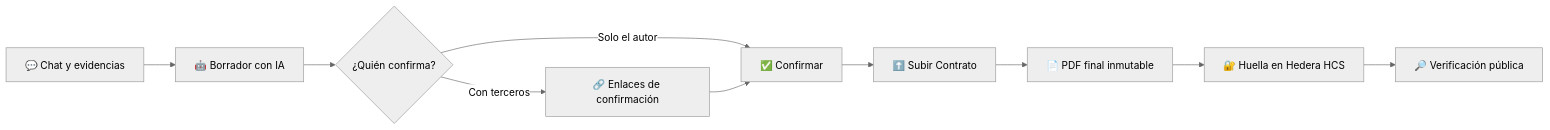
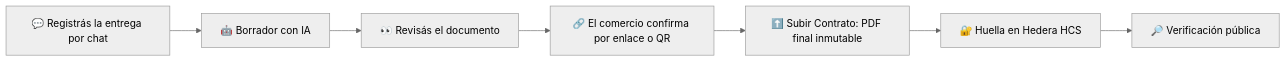
Before and after one commit to nanonoir/galcoa: the diagram in README.md, drawn with Mermaid (neutral theme). The commit also changed other lines of this file and 41 other files, not shown here.

````diff
--- a/README.md
+++ b/README.md
@@ -42,12 +69,9 @@
 ```mermaid
 flowchart LR
-    A[💬 Chat y evidencias] --> B[🤖 Borrador con IA]
-    B --> C{¿Quién confirma?}
-    C -->|Solo el autor| D[✅ Confirmar]
-    C -->|Con terceros| E[🔗 Enlaces de confirmación]
-    E --> D
-    D --> F[⬆️ Subir Contrato]
-    F --> G[📄 PDF final inmutable]
-    G --> H[🔐 Huella en Hedera HCS]
-    H --> I[🔎 Verificación pública]
+    A[💬 Registrás la entrega por chat] --> B[🤖 Borrador con IA]
+    B --> C[👀 Revisás el documento]
+    C --> D[🔗 El comercio confirma por enlace o QR]
+    D --> E[⬆️ Subir Contrato: PDF final inmutable]
+    E --> F[🔐 Huella en Hedera HCS]
+    F --> G[🔎 Verificación pública]
 ```
````
